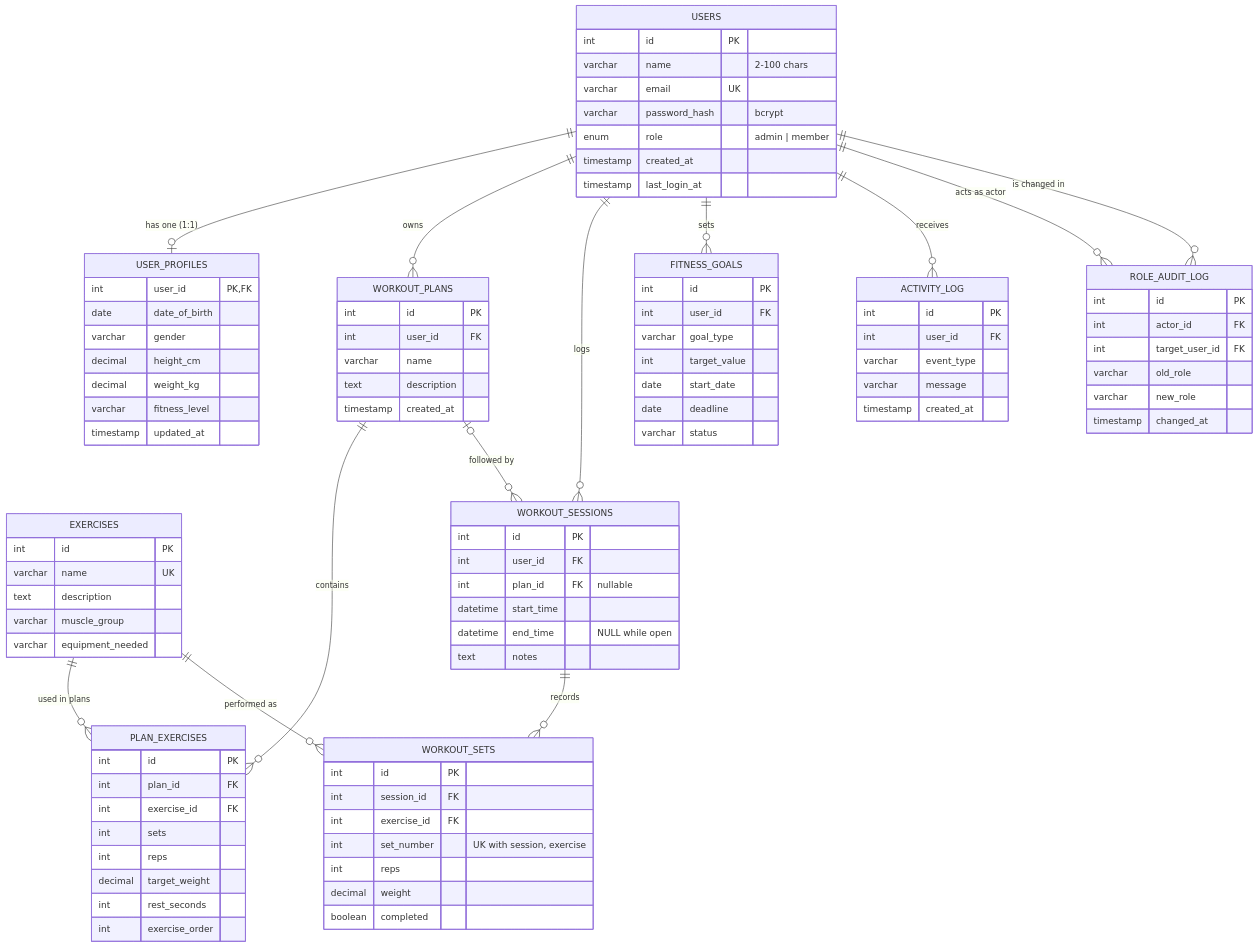
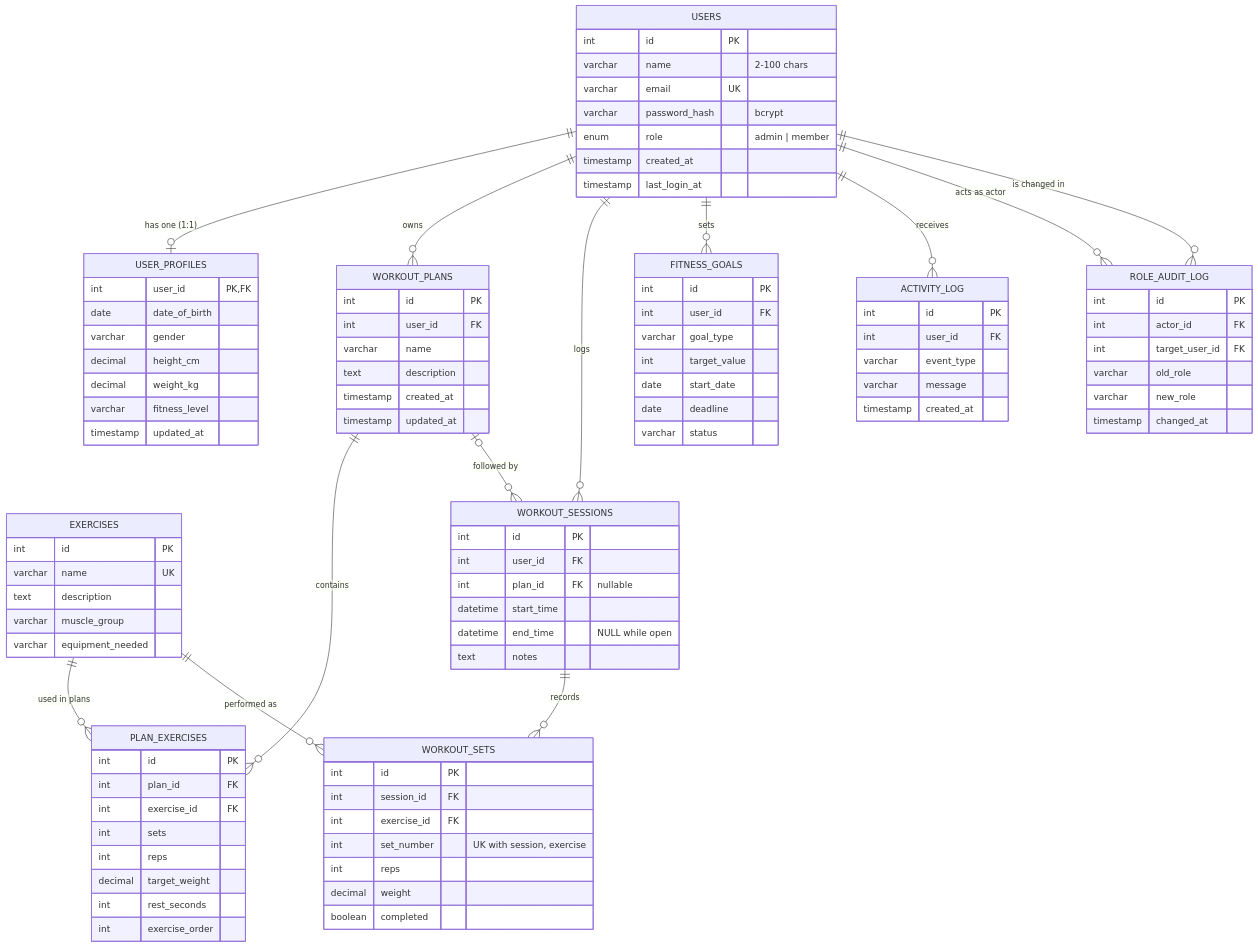
Before and after one commit to duplicatenode/Fitness-Tracker: the diagram in database/docs/er_diagram.mmd, drawn with Mermaid. The commit also changed 5 other files, not shown here.

Commit message:
Fix ER diagram (workout_plans.updated_at), update demo guide for Windows/Memurai and Ubuntu

```diff
--- a/database/docs/er_diagram.mmd
+++ b/database/docs/er_diagram.mmd
@@ -1,97 +1,98 @@
 erDiagram
     USERS {
         int id PK
         varchar name "2-100 chars"
         varchar email UK
         varchar password_hash "bcrypt"
         enum role "admin | member"
         timestamp created_at
         timestamp last_login_at
     }
     USER_PROFILES {
         int user_id PK,FK
         date date_of_birth
         varchar gender
         decimal height_cm
         decimal weight_kg
         varchar fitness_level
         timestamp updated_at
     }
     WORKOUT_PLANS {
         int id PK
         int user_id FK
         varchar name
         text description
         timestamp created_at
+        timestamp updated_at
     }
     EXERCISES {
         int id PK
         varchar name UK
         text description
         varchar muscle_group
         varchar equipment_needed
     }
     PLAN_EXERCISES {
         int id PK
         int plan_id FK
         int exercise_id FK
         int sets
         int reps
         decimal target_weight
         int rest_seconds
         int exercise_order
     }
     WORKOUT_SESSIONS {
         int id PK
         int user_id FK
         int plan_id FK "nullable"
         datetime start_time
         datetime end_time "NULL while open"
         text notes
     }
     WORKOUT_SETS {
         int id PK
         int session_id FK
         int exercise_id FK
         int set_number "UK with session, exercise"
         int reps
         decimal weight
         boolean completed
     }
     FITNESS_GOALS {
         int id PK
         int user_id FK
         varchar goal_type
         int target_value
         date start_date
         date deadline
         varchar status
     }
     ACTIVITY_LOG {
         int id PK
         int user_id FK
         varchar event_type
         varchar message
         timestamp created_at
     }
     ROLE_AUDIT_LOG {
         int id PK
         int actor_id FK
         int target_user_id FK
         varchar old_role
         varchar new_role
         timestamp changed_at
     }
 
     USERS ||--o| USER_PROFILES : "has one (1:1)"
     USERS ||--o{ WORKOUT_PLANS : "owns"
     USERS ||--o{ WORKOUT_SESSIONS : "logs"
     USERS ||--o{ FITNESS_GOALS : "sets"
     USERS ||--o{ ACTIVITY_LOG : "receives"
     USERS ||--o{ ROLE_AUDIT_LOG : "acts as actor"
     USERS ||--o{ ROLE_AUDIT_LOG : "is changed in"
     WORKOUT_PLANS ||--o{ PLAN_EXERCISES : "contains"
     EXERCISES ||--o{ PLAN_EXERCISES : "used in plans"
     WORKOUT_PLANS |o--o{ WORKOUT_SESSIONS : "followed by"
     WORKOUT_SESSIONS ||--o{ WORKOUT_SETS : "records"
     EXERCISES ||--o{ WORKOUT_SETS : "performed as"
```
